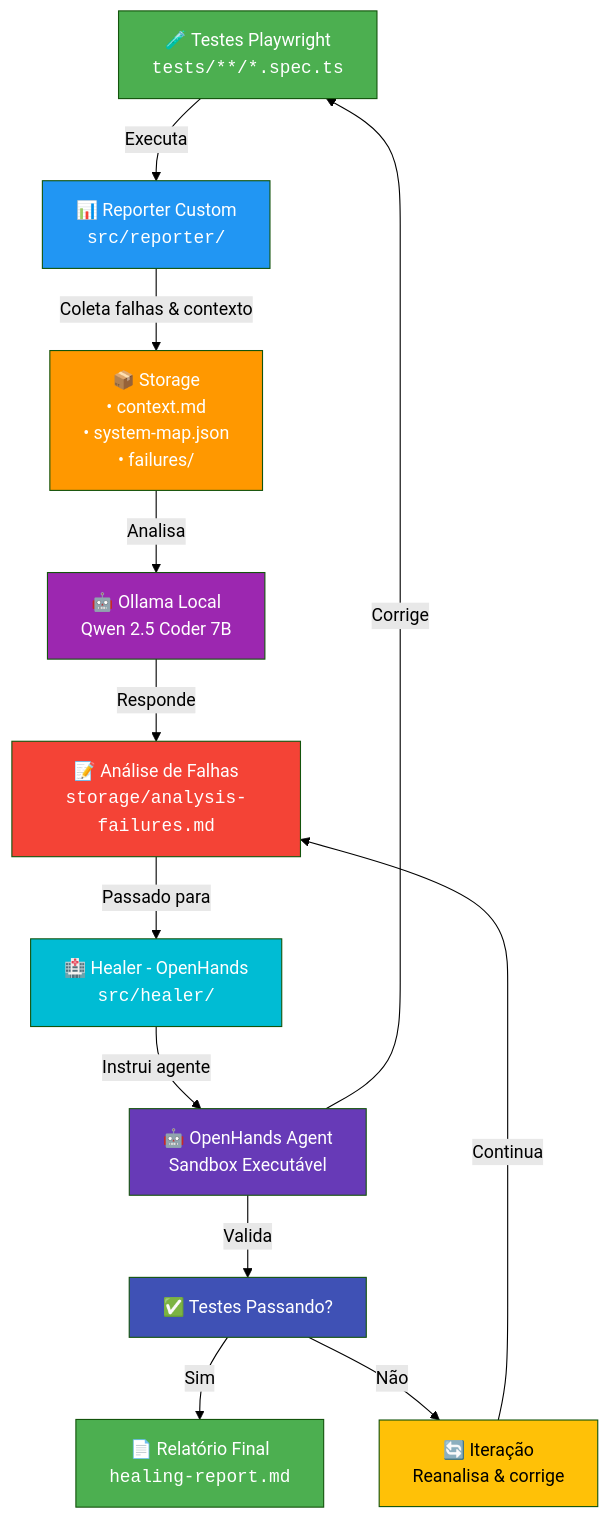
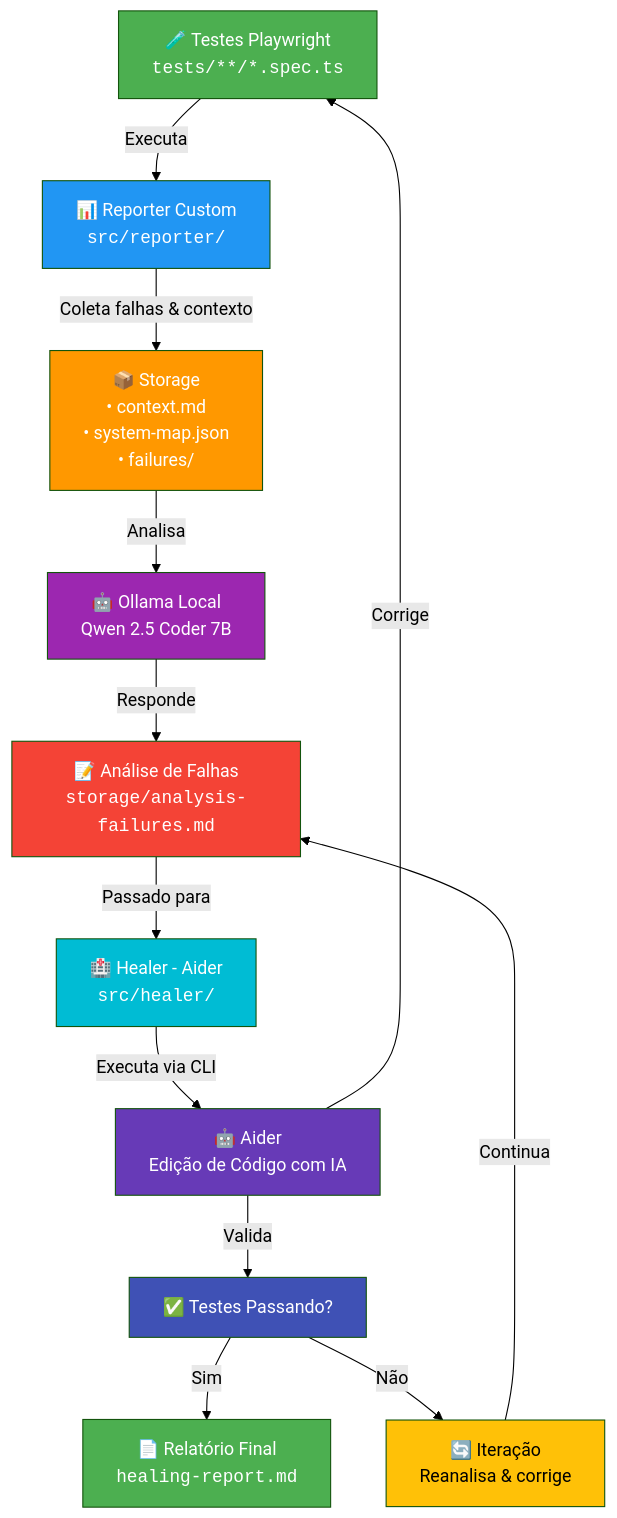
The diagram in ARQUITETURA.md (vitomc22/play-intelligence), drawn with Mermaid (forest theme) before and after one commit. The commit also changed other lines of this file and 13 other files, not shown here.

Commit message:
alterado openhads para aider

````diff
--- a/ARQUITETURA.md
+++ b/ARQUITETURA.md
@@ -5,35 +5,35 @@
 ```mermaid
 graph TD
     A["🧪 Testes Playwright<br/><code>tests/**/*.spec.ts</code>"] -->|Executa| B["📊 Reporter Custom<br/><code>src/reporter/</code>"]
     
     B -->|Coleta falhas & contexto| C["📦 Storage<br/>• context.md<br/>• system-map.json<br/>• failures/"]
     
     C -->|Analisa| D["🤖 Ollama Local<br/>Qwen 2.5 Coder 7B"]
     
     D -->|Responde| E["📝 Análise de Falhas<br/><code>storage/analysis-failures.md</code>"]
     
-    E -->|Passado para| F["🏥 Healer - OpenHands<br/><code>src/healer/</code>"]
+    E -->|Passado para| F["🏥 Healer - Aider<br/><code>src/healer/</code>"]
     
-    F -->|Instrui agente| G["🤖 OpenHands Agent<br/>Sandbox Executável"]
+    F -->|Executa via CLI| G["🤖 Aider<br/>Edição de Código com IA"]
     
     G -->|Corrige| A
     
     G -->|Valida| H["✅ Testes Passando?"]
     
     H -->|Sim| I["📄 Relatório Final<br/><code>healing-report.md</code>"]
     
     H -->|Não| J["🔄 Iteração<br/>Reanalisa & corrige"]
     
     J -->|Continua| E
 
     style A fill:#4CAF50,color:#fff
     style B fill:#2196F3,color:#fff
     style C fill:#FF9800,color:#fff
     style D fill:#9C27B0,color:#fff
     style E fill:#F44336,color:#fff
     style F fill:#00BCD4,color:#fff
     style G fill:#673AB7,color:#fff
     style H fill:#3F51B5,color:#fff
     style I fill:#4CAF50,color:#fff
     style J fill:#FFC107,color:#000
 ```
````
